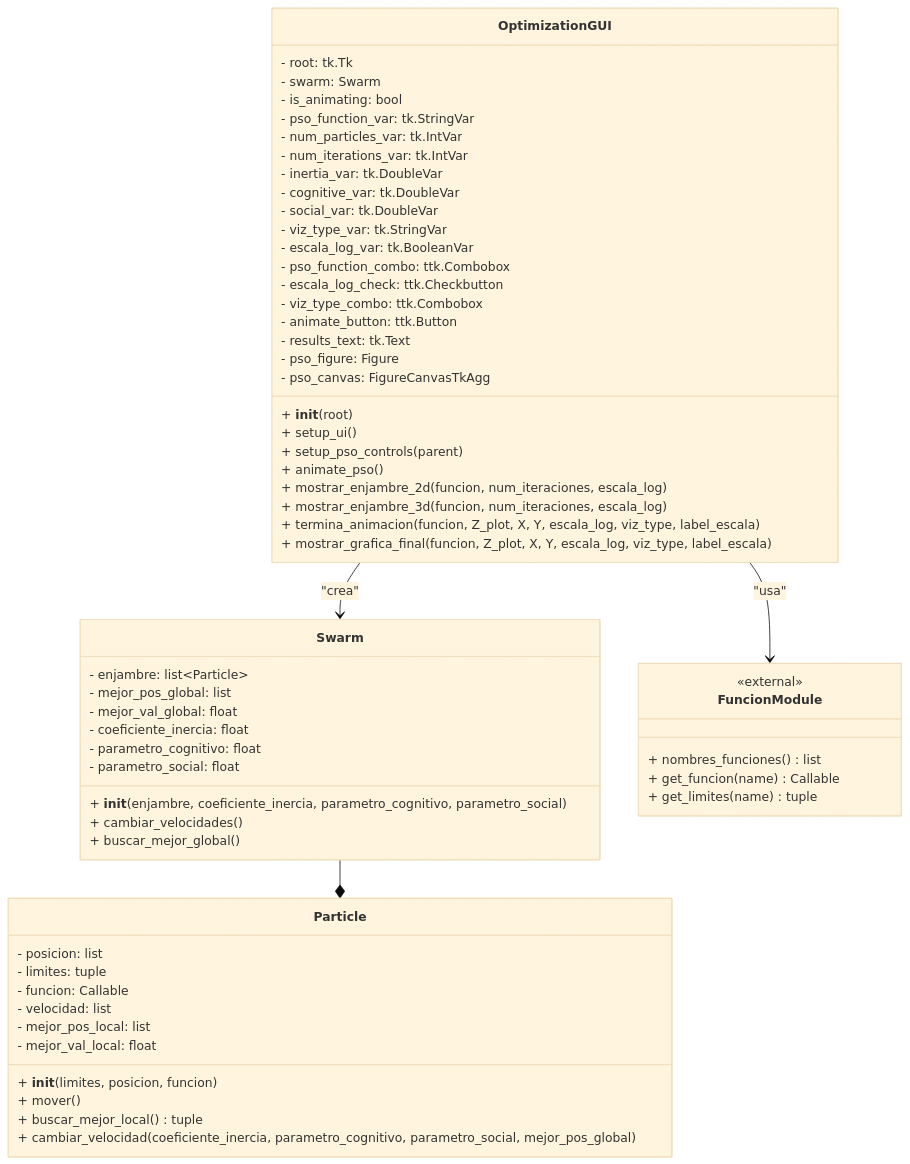
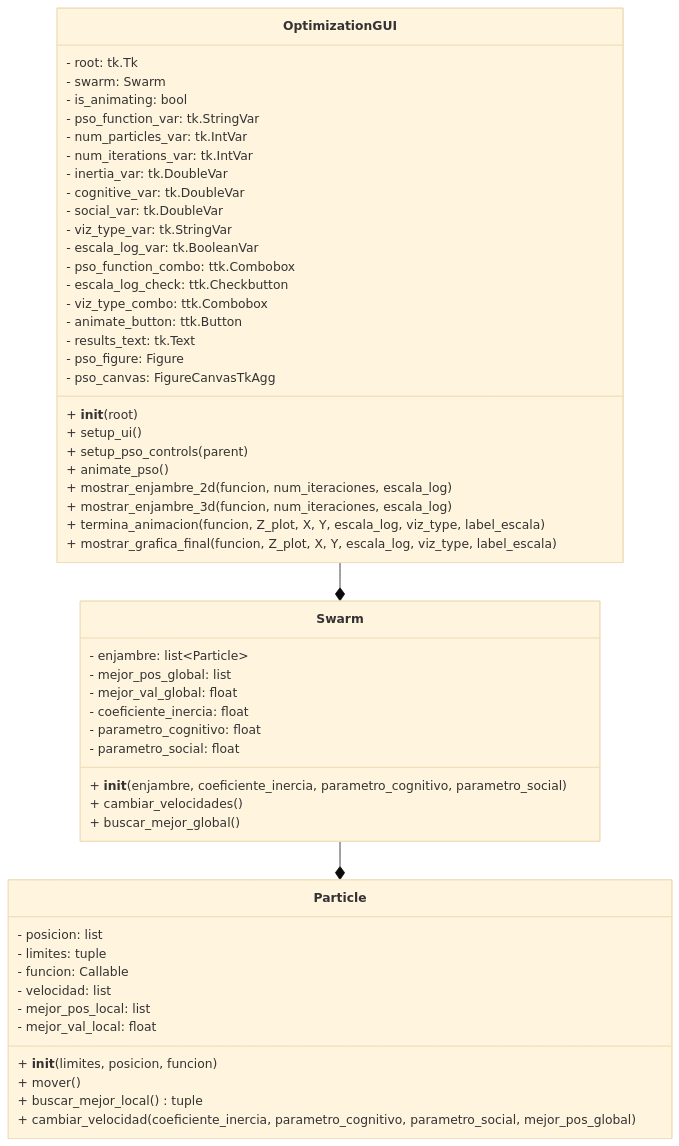
One commit to SebastianCespedes12/Proyecto_POO changed the second of 2 diagrams in README.md. Above: the diagram before and after it, drawn with Mermaid (base theme).

````diff
--- a/README.md
+++ b/README.md
@@ -41,70 +41,61 @@
 ```mermaid
 classDiagram
     class Particle {
         - posicion: list
         - limites: tuple
         - funcion: Callable
         - velocidad: list
         - mejor_pos_local: list
         - mejor_val_local: float
         + __init__(limites, posicion, funcion)
         + mover()
         + buscar_mejor_local() tuple
         + cambiar_velocidad(coeficiente_inercia, parametro_cognitivo, parametro_social, mejor_pos_global)
     }
     
     class Swarm {
         - enjambre: list~Particle~
         - mejor_pos_global: list
         - mejor_val_global: float
         - coeficiente_inercia: float
         - parametro_cognitivo: float
         - parametro_social: float
         + __init__(enjambre, coeficiente_inercia, parametro_cognitivo, parametro_social)
         + cambiar_velocidades()
         + buscar_mejor_global()
     }
     
     class OptimizationGUI {
         - root: tk.Tk
         - swarm: Swarm
         - is_animating: bool
         - pso_function_var: tk.StringVar
         - num_particles_var: tk.IntVar
         - num_iterations_var: tk.IntVar
         - inertia_var: tk.DoubleVar
         - cognitive_var: tk.DoubleVar
         - social_var: tk.DoubleVar
         - viz_type_var: tk.StringVar
         - escala_log_var: tk.BooleanVar
         - pso_function_combo: ttk.Combobox
         - escala_log_check: ttk.Checkbutton
         - viz_type_combo: ttk.Combobox
         - animate_button: ttk.Button
         - results_text: tk.Text
         - pso_figure: Figure
         - pso_canvas: FigureCanvasTkAgg
         + __init__(root)
         + setup_ui()
         + setup_pso_controls(parent)
         + animate_pso()
         + mostrar_enjambre_2d(funcion, num_iteraciones, escala_log)
         + mostrar_enjambre_3d(funcion, num_iteraciones, escala_log)
         + termina_animacion(funcion, Z_plot, X, Y, escala_log, viz_type, label_escala)
         + mostrar_grafica_final(funcion, Z_plot, X, Y, escala_log, viz_type, label_escala)
     }
     
-    class FuncionModule {
-        <<external>>
-        + nombres_funciones() list
-        + get_funcion(name) Callable
-        + get_limites(name) tuple
-    }
-    
-    %% Relaciones
-    Swarm --* Particle : 
-    OptimizationGUI --> Swarm : "crea"
-    OptimizationGUI --> FuncionModule : "usa"
-    
+    Swarm --* Particle 
+    OptimizationGUI --* Swarm : 
+
 
 ```
````
